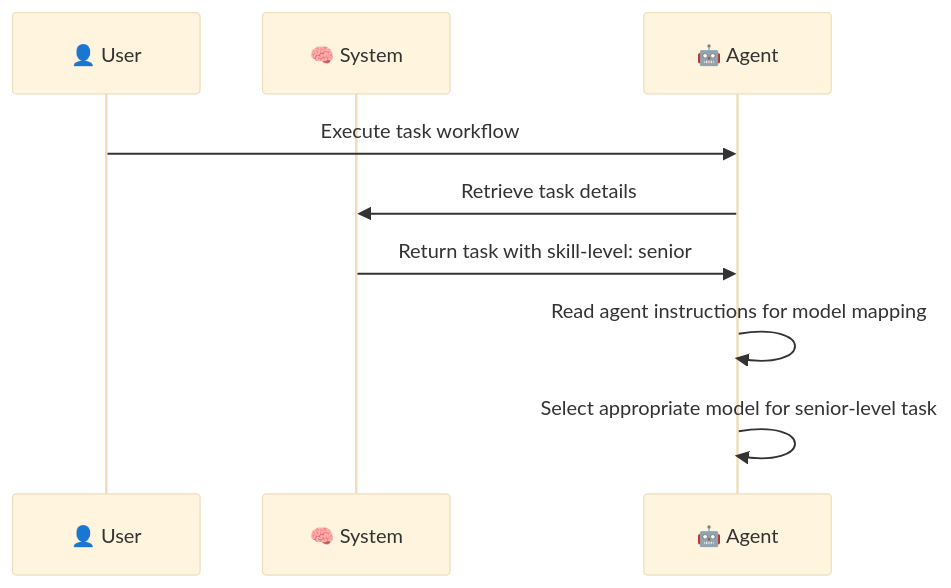
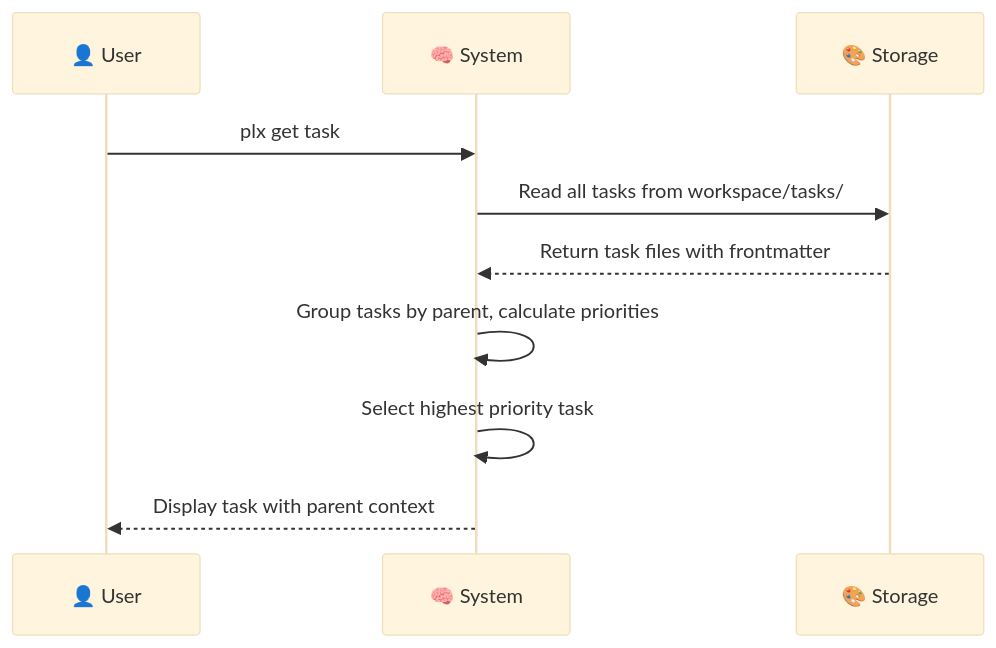
The third of 3 diagrams in workspace/drafts/request.md (appboypov/pew-pew-plx), drawn with Mermaid (base theme) before and after one commit. The commit also changed other lines of this file and 210 other files, not shown here.

First line of the commit message:
feat(tasks): implement centralized task storage with parent linking (#76)

````diff
--- a/workspace/drafts/request.md
+++ b/workspace/drafts/request.md
@@ -48,12 +69,13 @@
 ```mermaid
 sequenceDiagram
-    participant 👤 User
-    participant 🧠 System
-    participant 🤖 Agent
+    participant User as 👤 User
+    participant System as 🧠 System
+    participant Storage as 🎨 Storage
 
-    👤 User->>🤖 Agent: Execute task workflow
-    🤖 Agent->>🧠 System: Retrieve task details
-    🧠 System->>🤖 Agent: Return task with skill-level: senior
-    🤖 Agent->>🤖 Agent: Read agent instructions for model mapping
-    🤖 Agent->>🤖 Agent: Select appropriate model for senior-level task
+    User->>System: plx get task
+    System->>Storage: Read all tasks from workspace/tasks/
+    Storage-->>System: Return task files with frontmatter
+    System->>System: Group tasks by parent, calculate priorities
+    System->>System: Select highest priority task
+    System-->>User: Display task with parent context
 ```
````
